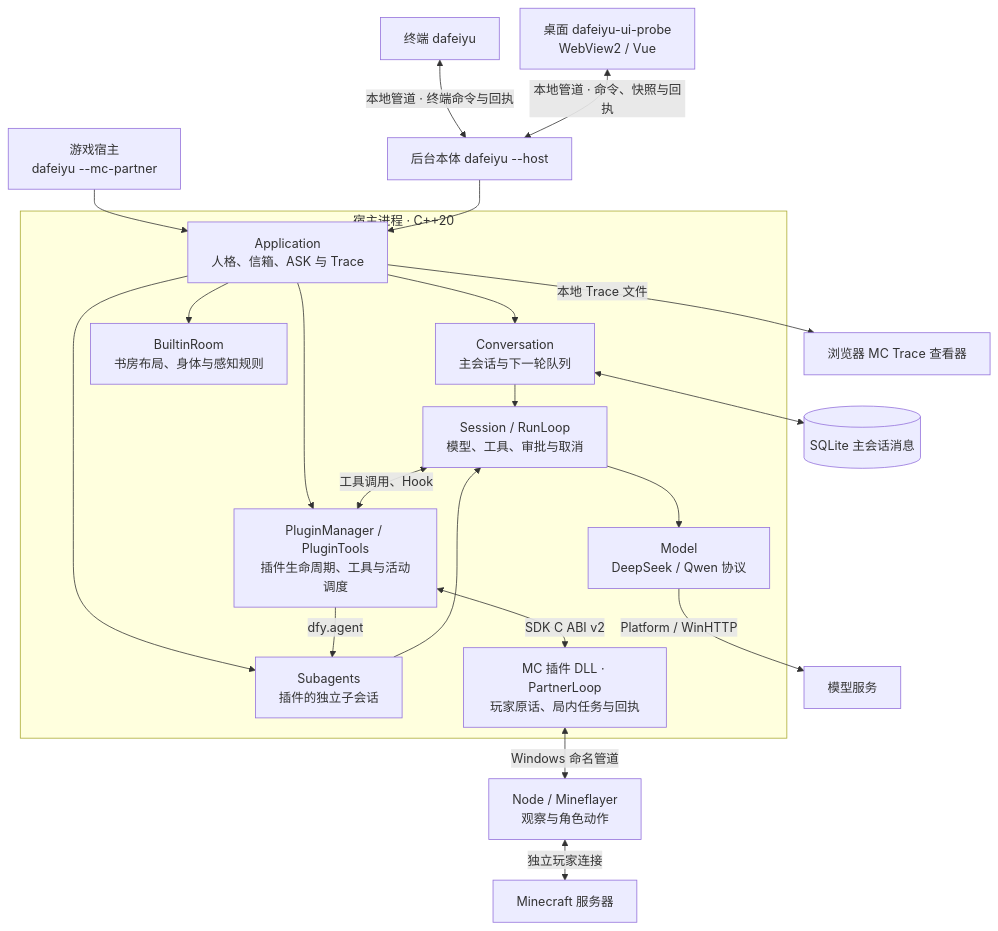
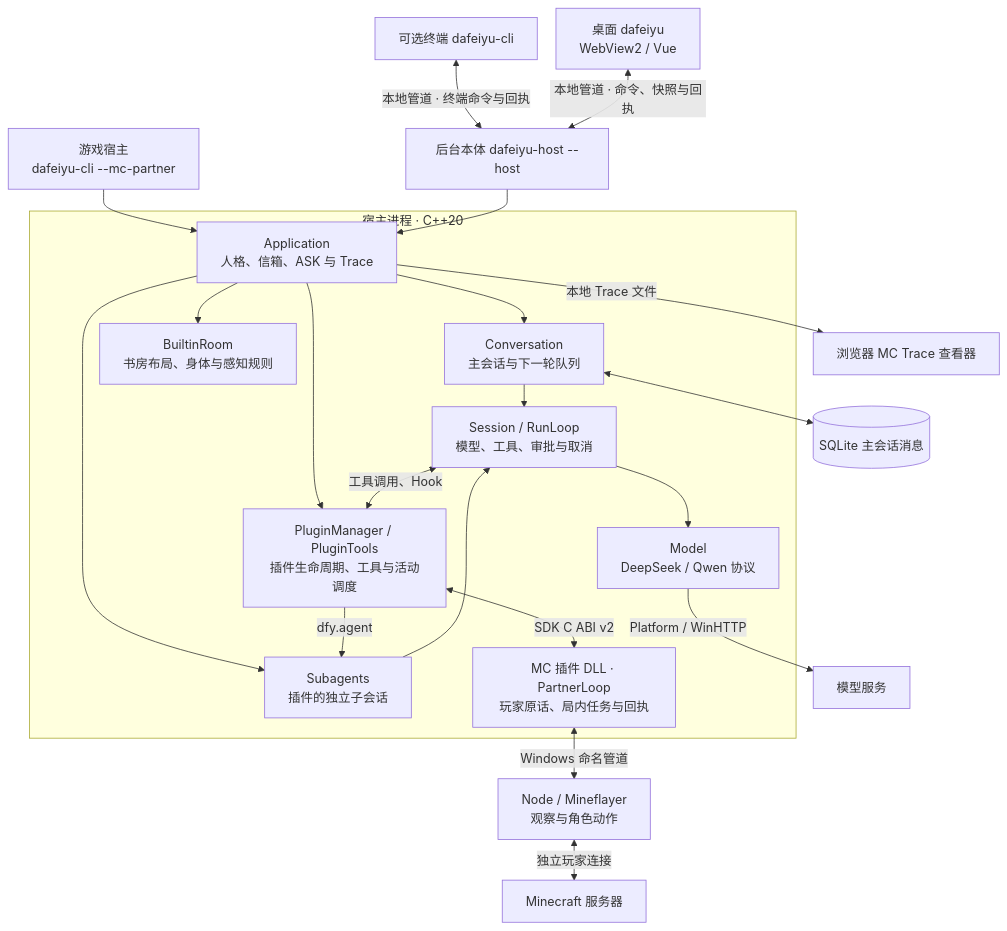
One commit to AuraKaliya/DaFeiYu- changed the first of 5 diagrams in docs/architecture.md. Above: the diagram before and after it, drawn with Mermaid. The commit also changed other lines of this file and 7 other files, not shown here.

````diff
--- a/docs/architecture.md
+++ b/docs/architecture.md
@@ -46,42 +46,42 @@
 ```mermaid
 ---
 config:
   flowchart:
     rankSpacing: 28
     nodeSpacing: 24
 ---
 flowchart TB
-    Terminal["终端 dafeiyu"]
-    GameHost["游戏宿主<br/>dafeiyu --mc-partner"]
-    Gui["桌面 dafeiyu-ui-probe<br/>WebView2 / Vue"]
+    Terminal["可选终端 dafeiyu-cli"]
+    GameHost["游戏宿主<br/>dafeiyu-cli --mc-partner"]
+    Gui["桌面 dafeiyu<br/>WebView2 / Vue"]
 
     subgraph Host["宿主进程 · C++20"]
         App["Application<br/>人格、信箱、ASK 与 Trace"]
         Main["Conversation<br/>主会话与下一轮队列"]
         Room["BuiltinRoom<br/>书房布局、身体与感知规则"]
         Child["Subagents<br/>插件的独立子会话"]
         Run["Session / RunLoop<br/>模型、工具、审批与取消"]
         Plugins["PluginManager / PluginTools<br/>插件生命周期、工具与活动调度"]
         Mc["MC 插件 DLL · PartnerLoop<br/>玩家原话、局内任务与回执"]
         Model["Model<br/>DeepSeek / Qwen 协议"]
 
         App --> Main --> Run
         App --> Room
         App --> Child --> Run
         App --> Plugins
         Plugins -->|dfy.agent| Child
         Run <-->|工具调用、Hook| Plugins
         Plugins <-->|SDK C ABI v2| Mc
         Run --> Model
     end
 
     Terminal <-->|本地管道 · 终端命令与回执| Resident
     GameHost --> App
-    Gui <-->|本地管道 · 命令、快照与回执| Resident["后台本体 dafeiyu --host"]
+    Gui <-->|本地管道 · 命令、快照与回执| Resident["后台本体 dafeiyu-host --host"]
     Resident --> App
     Main <--> Messages[(SQLite 主会话消息)]
     App -->|本地 Trace 文件| Viewer["浏览器 MC Trace 查看器"]
     Model -->|Platform / WinHTTP| Service["模型服务"]
     Mc <-->|Windows 命名管道| Bridge["Node / Mineflayer<br/>观察与角色动作"]
     Bridge <-->|独立玩家连接| Minecraft["Minecraft 服务器"]
 ```
````
